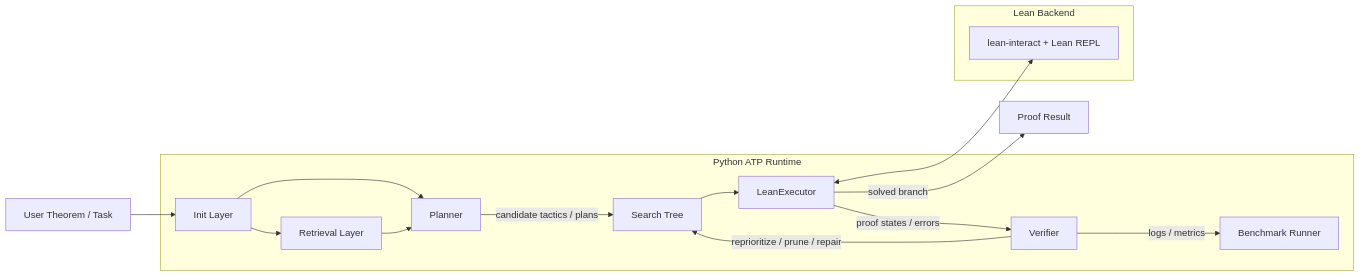
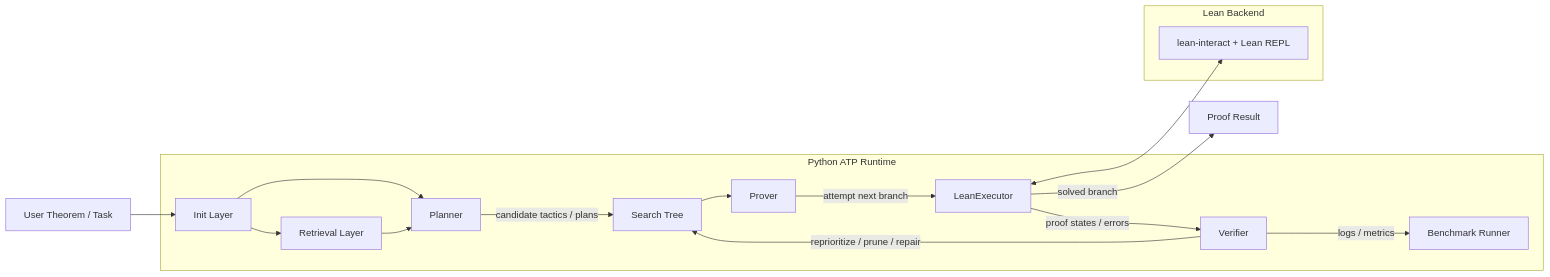
The diagram in README.md (knowaywood/ATP), drawn with Mermaid before and after one commit. The commit also changed other lines of this file, not shown here.

````diff
--- a/README.md
+++ b/README.md
@@ -20,31 +20,33 @@
 ```mermaid
 flowchart LR
     U[User Theorem / Task] --> I[Init Layer]
     I --> R[Retrieval Layer]
     I --> P[Planner]
     R --> P
 
     P -->|candidate tactics / plans| S[Search Tree]
-    S --> E[LeanExecutor]
+    S --> PR[Prover]
+    PR -->|attempt next branch| E[LeanExecutor]
     E -->|proof states / errors| V[Verifier]
     V -->|reprioritize / prune / repair| S
 
     E -->|solved branch| O[Proof Result]
     V -->|logs / metrics| B[Benchmark Runner]
 
-    subgraph Python ATP Runtime
+    subgraph runtime[Python ATP Runtime]
         I
         R
         P
         S
+        PR
         E
         V
         B
     end
 
-    subgraph Lean Backend
+    subgraph backend[Lean Backend]
         L[lean-interact + Lean REPL]
     end
 
     E <--> L
 ```
````
